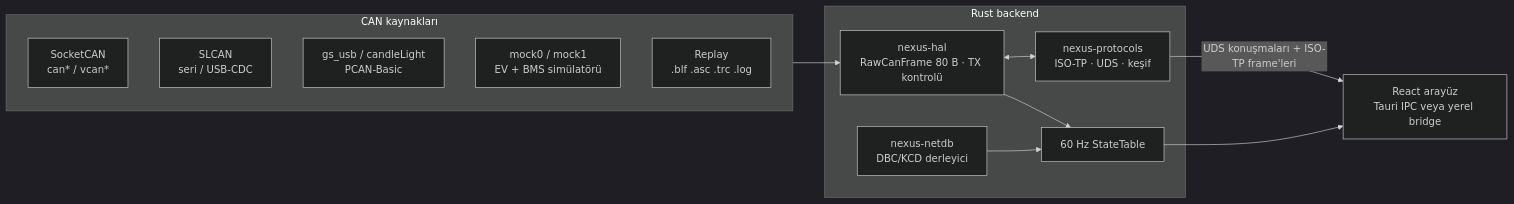
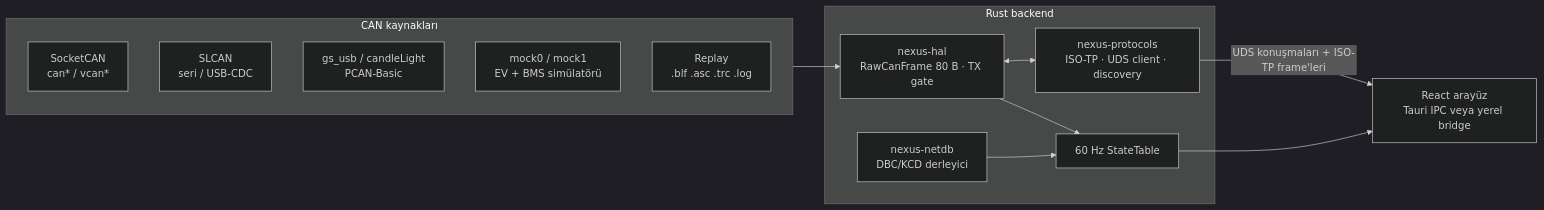
The diagram in README.tr.md (ethanskyemc/NexusCAN), drawn with Mermaid (dark theme) before and after one commit. The commit also changed other lines of this file, not shown here.

````diff
--- a/README.tr.md
+++ b/README.tr.md
@@ -174,21 +174,21 @@
 ```mermaid
 flowchart LR
     subgraph HW["CAN kaynakları"]
         SC[SocketCAN<br/>can* / vcan*]
         SL[SLCAN<br/>seri / USB-CDC]
         GU[gs_usb / candleLight<br/>PCAN-Basic]
         MK[mock0 / mock1<br/>EV + BMS simülatörü]
         RP[Replay<br/>.blf .asc .trc .log]
     end
     subgraph Core["Rust backend"]
-        HAL[nexus-hal<br/>RawCanFrame 80 B · TX kontrolü]
+        HAL[nexus-hal<br/>RawCanFrame 80 B · TX gate]
         NET[nexus-netdb<br/>DBC/KCD derleyici]
-        PRO[nexus-protocols<br/>ISO-TP · UDS · keşif]
+        PRO[nexus-protocols<br/>ISO-TP · UDS client · discovery]
         ST[60 Hz StateTable]
     end
     UI[React arayüz<br/>Tauri IPC veya yerel bridge]
     HW --> HAL --> ST --> UI
     HAL <--> PRO
     NET --> ST
     PRO -- UDS konuşmaları + ISO-TP frame'leri --> UI
 ```
````
